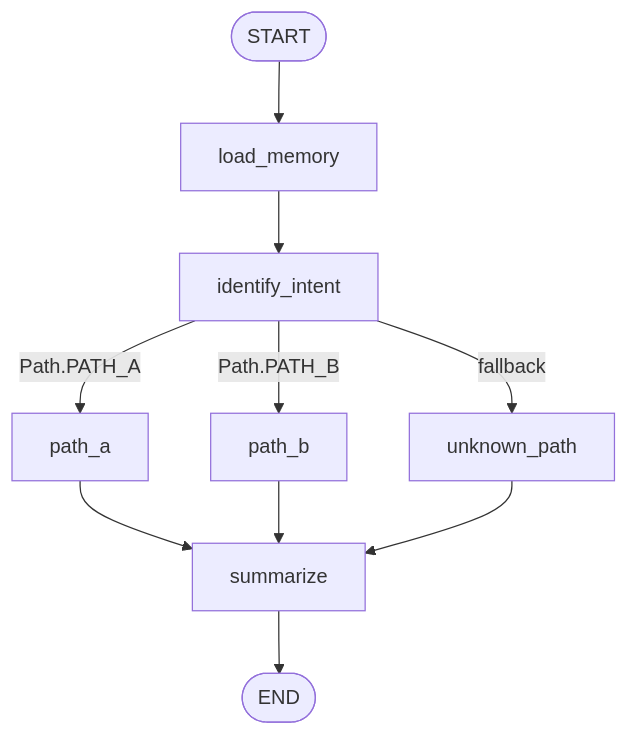
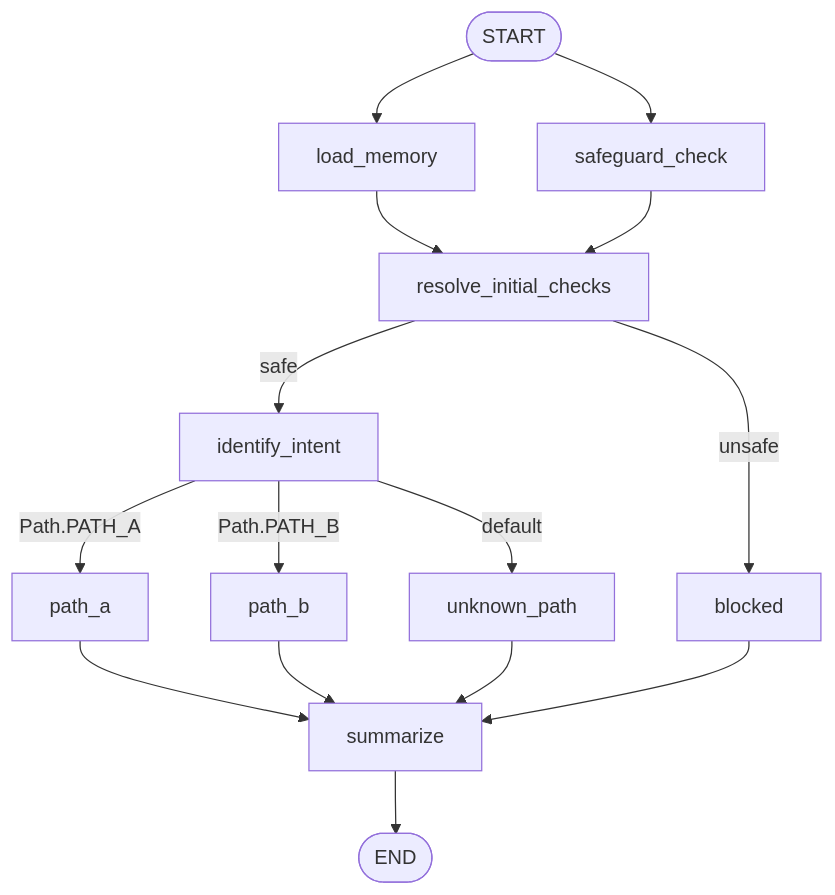
Before and after one commit to EduardoFLima/langgraph-api: the diagram in README.md, drawn with Mermaid. The commit also changed other lines of this file, not shown here.

Commit message:
update readme with recent graph changes

````diff
--- a/README.md
+++ b/README.md
@@ -109,15 +109,22 @@
 ```mermaid
 flowchart TD
     START([START]) --> load_memory[load_memory]
-    load_memory --> identify_intent[identify_intent]
+    START --> safeguard_check[safeguard_check]
+
+    load_memory --> resolve_initial_checks[resolve_initial_checks]
+    safeguard_check --> resolve_initial_checks
+
+    resolve_initial_checks -->|safe| identify_intent[identify_intent]
+    resolve_initial_checks -->|unsafe| blocked[blocked]
 
     identify_intent -->|Path.PATH_A| path_a[path_a]
     identify_intent -->|Path.PATH_B| path_b[path_b]
-    identify_intent -->|fallback| unknown_path[unknown_path]
+    identify_intent -->|default| unknown_path[unknown_path]
 
     path_a --> summarize[summarize]
     path_b --> summarize
     unknown_path --> summarize
+    blocked --> summarize
 
     summarize --> END([END])
 ```
````
